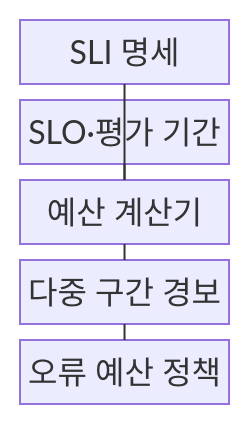
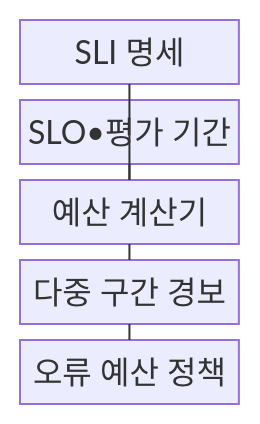
The first of 2 diagrams in src/content/docs/notes/03-software/166_error_budget.md (agnusdei1207/knowledge-base), drawn with Mermaid before and after one commit. The commit also changed other lines of this file and 953 other files, not shown here.

````diff
--- a/src/content/docs/notes/03-software/166_error_budget.md
+++ b/src/content/docs/notes/03-software/166_error_budget.md
@@ -74,13 +74,13 @@
 ```mermaid
 block
     columns 1
     A["SLI 명세"]
-    B["SLO·평가 기간"]
+    B["SLO•평가 기간"]
     C["예산 계산기"]
     D["다중 구간 경보"]
     E["오류 예산 정책"]
     A --- C
     B --- C
     C --- D
     D --- E
 ```
````
